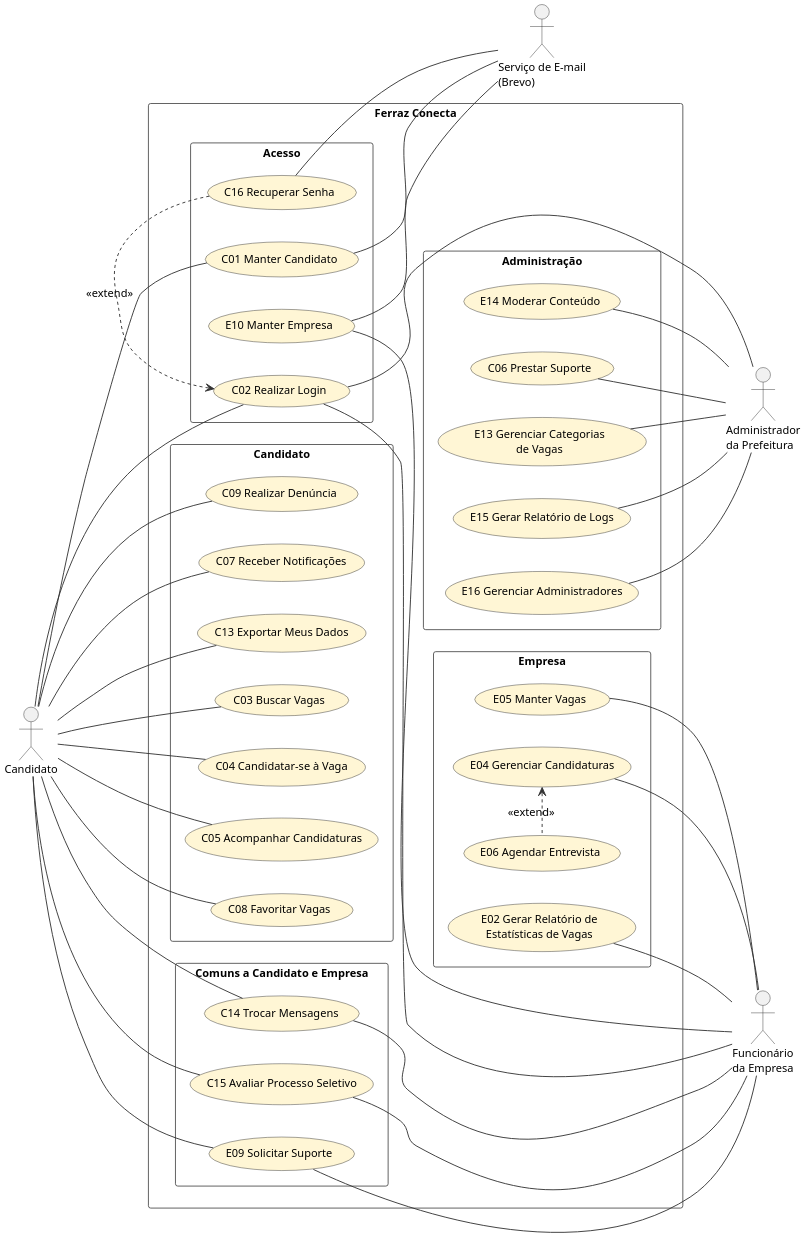
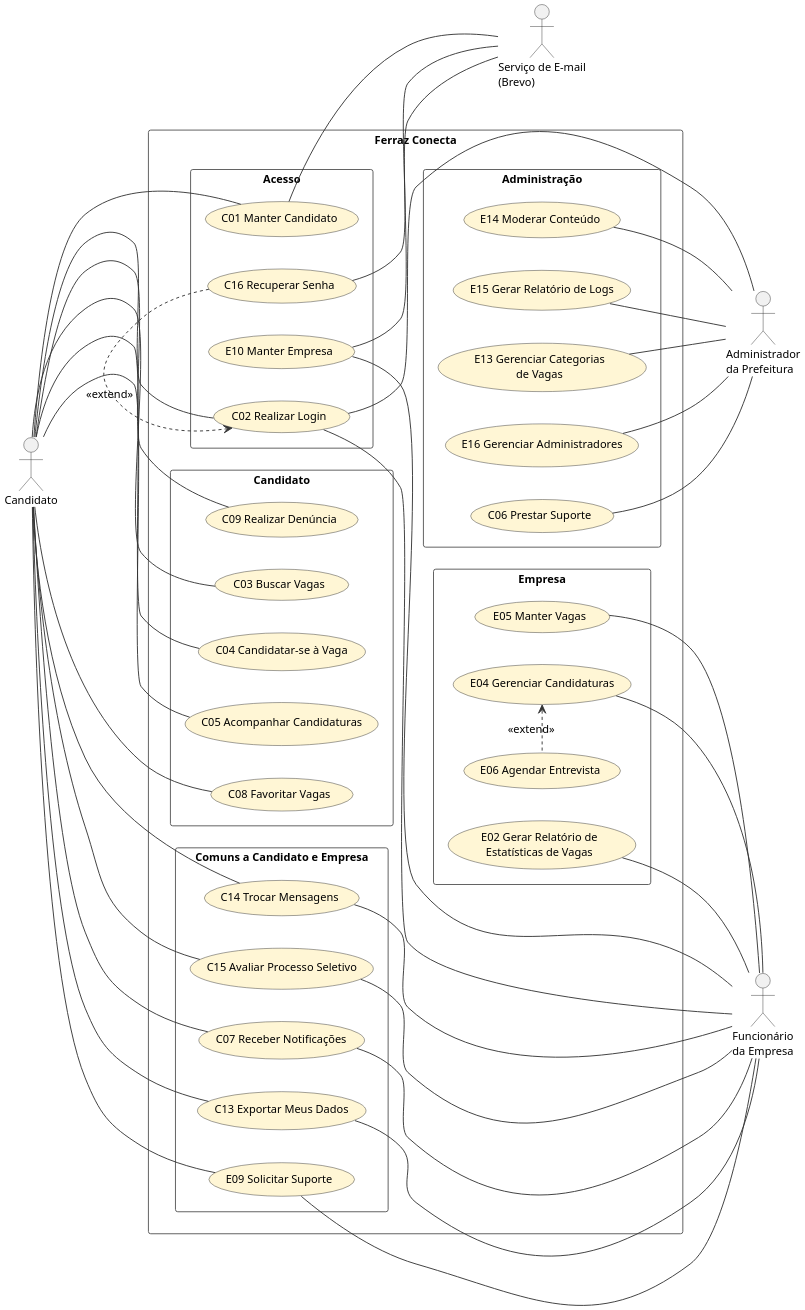
The diagram in docs/diagramas/casos_de_uso.puml (felipedsales/Deploy-ProjetoIntegrador), drawn with PlantUML before and after one commit.

Commit message:
docs(UC): notificações e exportação de dados no grupo comum do diagrama
Claude-Session: https://claude.ai/code/session_01BZPZV4cZaW8BDTdDyij8Ax

```diff
--- a/docs/diagramas/casos_de_uso.puml
+++ b/docs/diagramas/casos_de_uso.puml
@@ -1,104 +1,104 @@
 @startuml
 skinparam defaultFontName Arial
 skinparam defaultFontSize 12
 skinparam shadowing false
 skinparam dpi 200
 skinparam ArrowColor #333333
 skinparam usecase {
   BackgroundColor #FFF6D5
   BorderColor #333333
 }
 skinparam actorBorderColor #333333
 skinparam packageStyle rectangle
 skinparam rectangle {
   BorderColor #555555
 }
 left to right direction
 
 actor "Candidato" as CAND
 actor "Funcionário\nda Empresa" as EMP
 actor "Administrador\nda Prefeitura" as ADM
 actor "Serviço de E-mail\n(Brevo)" as MAIL
 
 rectangle "Ferraz Conecta" {
   rectangle "Acesso" {
     usecase "C01 Manter Candidato" as C01
     usecase "E10 Manter Empresa" as E10
     usecase "C02 Realizar Login" as C02
     usecase "C16 Recuperar Senha" as C16
   }
   rectangle "Candidato" {
     usecase "C03 Buscar Vagas" as C03
     usecase "C04 Candidatar-se à Vaga" as C04
     usecase "C05 Acompanhar Candidaturas" as C05
     usecase "C08 Favoritar Vagas" as C08
     usecase "C09 Realizar Denúncia" as C09
-    usecase "C07 Receber Notificações" as C07
-    usecase "C13 Exportar Meus Dados" as C13
   }
   rectangle "Comuns a Candidato e Empresa" {
     usecase "C14 Trocar Mensagens" as C14
+    usecase "C07 Receber Notificações" as C07
+    usecase "C13 Exportar Meus Dados" as C13
     usecase "C15 Avaliar Processo Seletivo" as C15
     usecase "E09 Solicitar Suporte" as E09
   }
   rectangle "Empresa" {
     usecase "E05 Manter Vagas" as E05
     usecase "E04 Gerenciar Candidaturas" as E04
     usecase "E06 Agendar Entrevista" as E06
     usecase "E02 Gerar Relatório de\nEstatísticas de Vagas" as E02
   }
   rectangle "Administração" {
     usecase "E14 Moderar Conteúdo" as E14
     usecase "C06 Prestar Suporte" as C06
     usecase "E13 Gerenciar Categorias\nde Vagas" as E13
     usecase "E15 Gerar Relatório de Logs" as E15
     usecase "E16 Gerenciar Administradores" as E16
   }
 }
 
 CAND -- C01
 CAND -- C02
 CAND -- C03
 CAND -- C04
 CAND -- C05
 CAND -- C08
 CAND -- C09
 CAND -- C07
 CAND -- C13
 CAND -- C14
 CAND -- C15
 CAND -- E09
 
 C03 -[hidden]-> E05
 C04 -[hidden]-> E04
 C05 -[hidden]-> E06
 C08 -[hidden]-> E02
 C09 -[hidden]-> E14
-C07 -[hidden]-> C06
-C13 -[hidden]-> E13
 C14 -[hidden]-> E15
 C15 -[hidden]-> E16
 
 E10 -- EMP
 C02 -- EMP
 E05 -- EMP
 E04 -- EMP
 E02 -- EMP
 C14 -- EMP
+C07 -- EMP
+C13 -- EMP
 C15 -- EMP
 E09 -- EMP
 
 C16 .> C02 : <<extend>>
 E04 <. E06 : <<extend>>
 
 E14 -- ADM
 C06 -- ADM
 E13 -- ADM
 E15 -- ADM
 E16 -- ADM
 C02 -- ADM
 
 C01 -- MAIL
 E10 -- MAIL
 C16 -- MAIL
 @enduml
```
